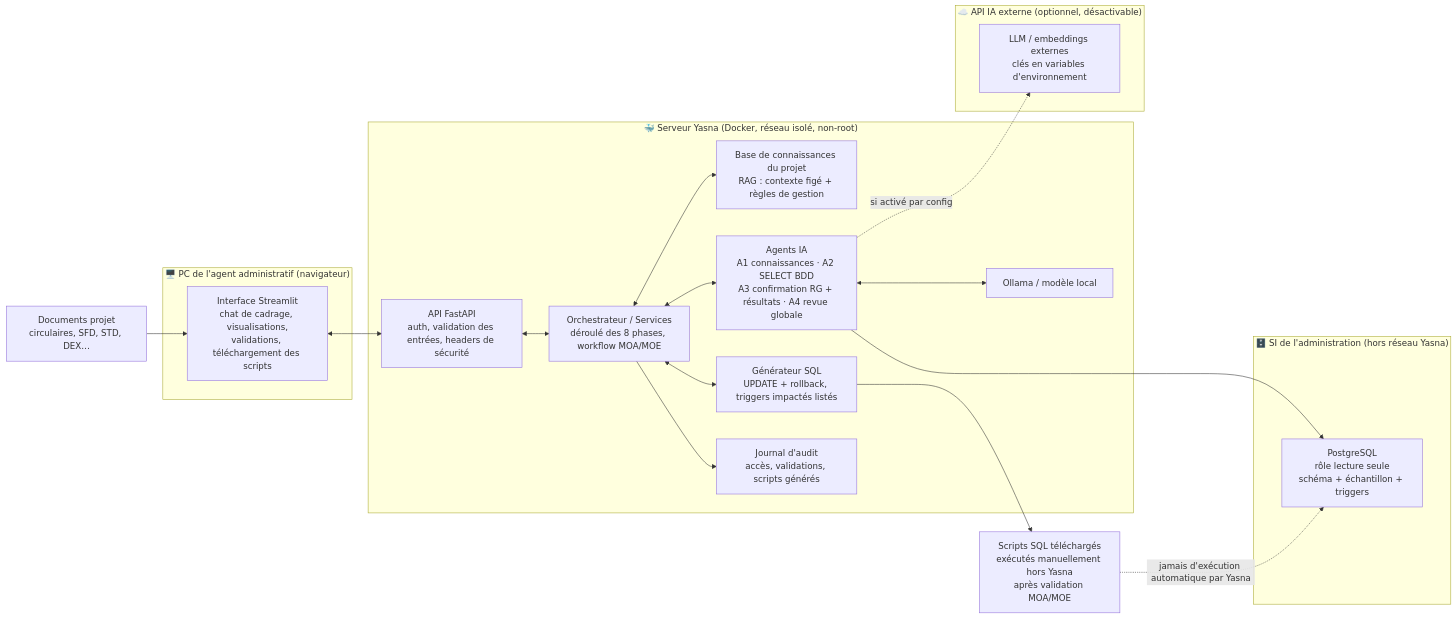
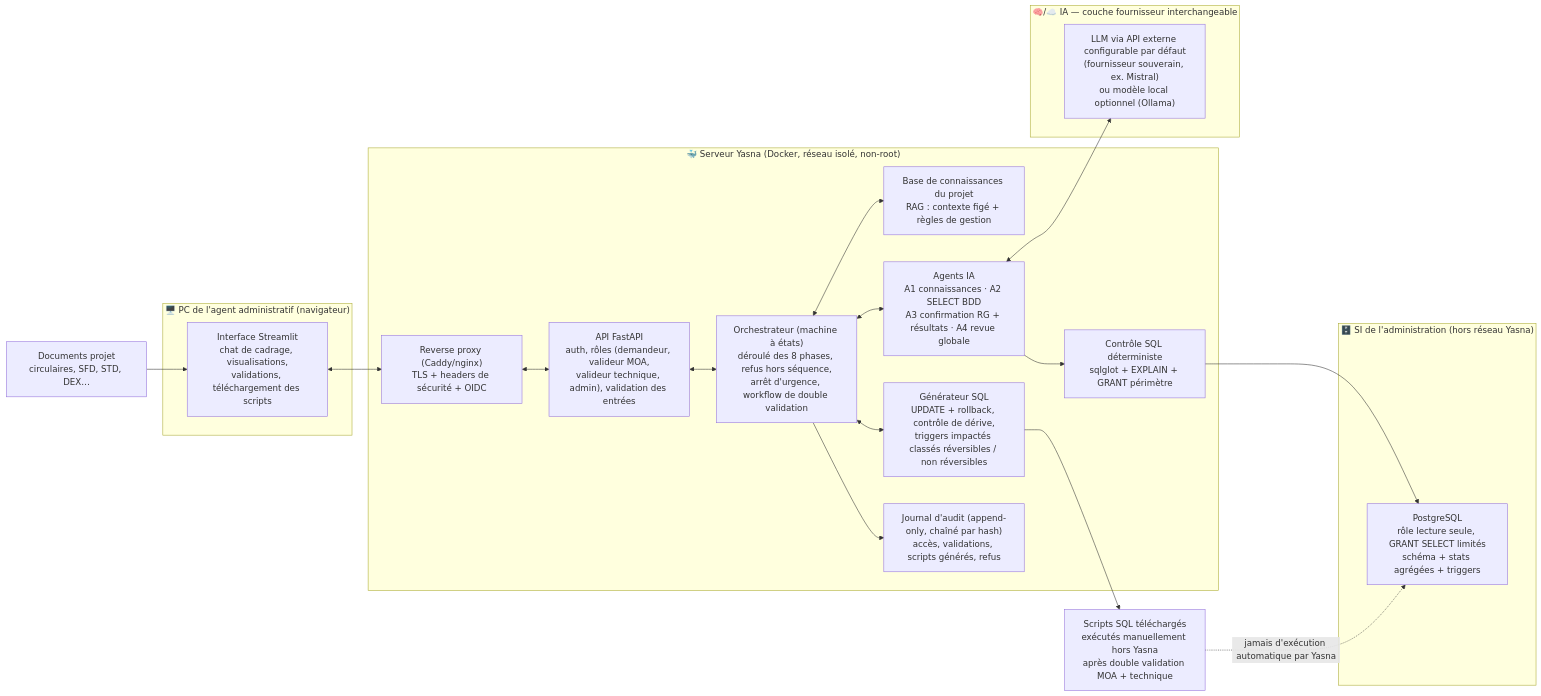
The first of 5 diagrams in Yasna_Schemas_Parcours.md (Choori279/Yasna), drawn with Mermaid before and after one commit. The commit also changed other lines of this file, not shown here.

Commit message:
docs: Schémas v1.1 — machine à états, double validation MOA + technique, minimisation des données envoyées au LLM, arrêt d'urgence, reverse proxy/OIDC, API externe par défaut (P1, P3, P4, P13, P15, P20)

````diff
--- a/Yasna_Schemas_Parcours.md
+++ b/Yasna_Schemas_Parcours.md
@@ -15,41 +15,42 @@
 ```mermaid
 flowchart LR
     subgraph PC["🖥️ PC de l'agent administratif (navigateur)"]
         UI["Interface Streamlit<br/>chat de cadrage, visualisations,<br/>validations, téléchargement des scripts"]
     end
 
     DOCS["Documents projet<br/>circulaires, SFD, STD, DEX…"]
 
     subgraph YASNA["🐳 Serveur Yasna (Docker, réseau isolé, non-root)"]
-        API["API FastAPI<br/>auth, validation des entrées, headers de sécurité"]
-        ORCH["Orchestrateur / Services<br/>déroulé des 8 phases, workflow MOA/MOE"]
+        PROXY["Reverse proxy (Caddy/nginx)<br/>TLS + headers de sécurité + OIDC"]
+        API["API FastAPI<br/>auth, rôles (demandeur, valideur MOA,<br/>valideur technique, admin), validation des entrées"]
+        ORCH["Orchestrateur (machine à états)<br/>déroulé des 8 phases, refus hors séquence,<br/>arrêt d'urgence, workflow de double validation"]
         RAG["Base de connaissances du projet<br/>RAG : contexte figé + règles de gestion"]
         AGENTS["Agents IA<br/>A1 connaissances · A2 SELECT BDD<br/>A3 confirmation RG + résultats · A4 revue globale"]
-        SQLGEN["Générateur SQL<br/>UPDATE + rollback, triggers impactés listés"]
-        AUDIT["Journal d'audit<br/>accès, validations, scripts générés"]
-        LLMLOC["Ollama / modèle local"]
+        SQLCTRL["Contrôle SQL déterministe<br/>sqlglot + EXPLAIN + GRANT périmètre"]
+        SQLGEN["Générateur SQL<br/>UPDATE + rollback, contrôle de dérive,<br/>triggers impactés classés réversibles / non réversibles"]
+        AUDIT["Journal d'audit (append-only, chaîné par hash)<br/>accès, validations, scripts générés, refus"]
     end
 
-    subgraph IAEXT["☁️ API IA externe (optionnel, désactivable)"]
-        LLMEXT["LLM / embeddings externes<br/>clés en variables d'environnement"]
+    subgraph IAEXT["🧠/☁️ IA — couche fournisseur interchangeable"]
+        LLMEXT["LLM via API externe configurable par défaut<br/>(fournisseur souverain, ex. Mistral)<br/>ou modèle local optionnel (Ollama)"]
     end
 
     subgraph BDD["🗄️ SI de l'administration (hors réseau Yasna)"]
-        DB["PostgreSQL<br/>rôle lecture seule<br/>schéma + échantillon + triggers"]
+        DB["PostgreSQL<br/>rôle lecture seule, GRANT SELECT limités<br/>schéma + stats agrégées + triggers"]
     end
 
-    SCRIPT["Scripts SQL téléchargés<br/>exécutés manuellement hors Yasna<br/>après validation MOA/MOE"]
+    SCRIPT["Scripts SQL téléchargés<br/>exécutés manuellement hors Yasna<br/>après double validation MOA + technique"]
 
     DOCS --> UI
-    UI <--> API
+    UI <--> PROXY <--> API
     API <--> ORCH
     ORCH <--> RAG
     ORCH <--> AGENTS
+    AGENTS --> SQLCTRL
+    SQLCTRL --> DB
     ORCH <--> SQLGEN
     ORCH --> AUDIT
-    AGENTS <--> LLMLOC
-    AGENTS -. "si activé par config" .-> LLMEXT
-    AGENTS --> DB
+    AGENTS <--> LLMEXT
     SQLGEN --> SCRIPT
     SCRIPT -. "jamais d'exécution automatique par Yasna" .-> DB
 ```
````
